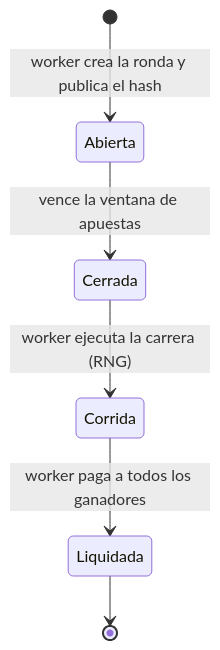
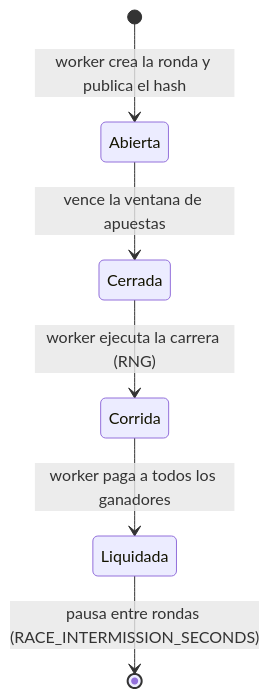
One commit to sebaveaa/casino-simulator changed the fifth of 6 diagrams in README.md. Above: the diagram before and after it, drawn with Mermaid. The commit also changed other lines of this file and 91 other files, not shown here.

````diff
--- a/README.md
+++ b/README.md
@@ -299,8 +300,8 @@
 ```mermaid
 stateDiagram-v2
     [*] --> Abierta: worker crea la ronda y publica el hash
     Abierta --> Cerrada: vence la ventana de apuestas
     Cerrada --> Corrida: worker ejecuta la carrera (RNG)
     Corrida --> Liquidada: worker paga a todos los ganadores
-    Liquidada --> [*]
+    Liquidada --> [*]: pausa entre rondas (RACE_INTERMISSION_SECONDS)
 ```
````
